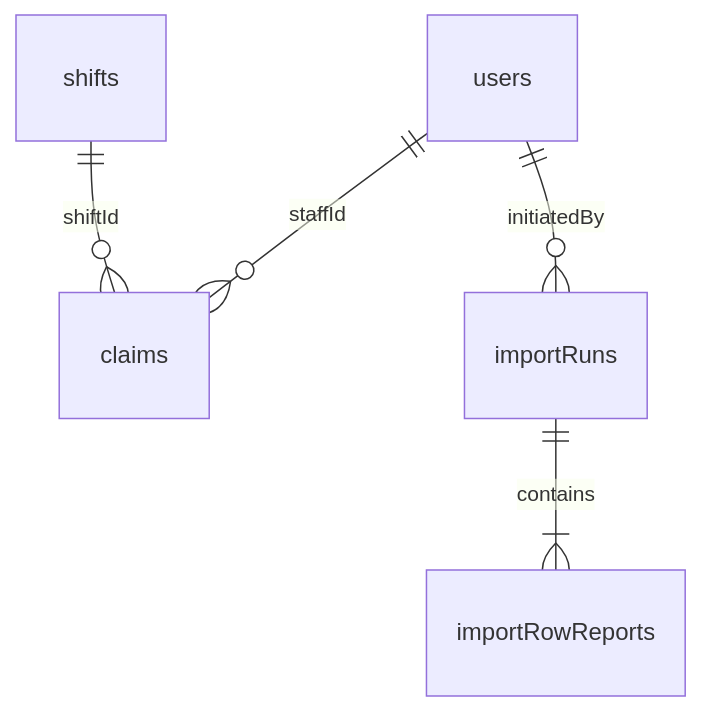
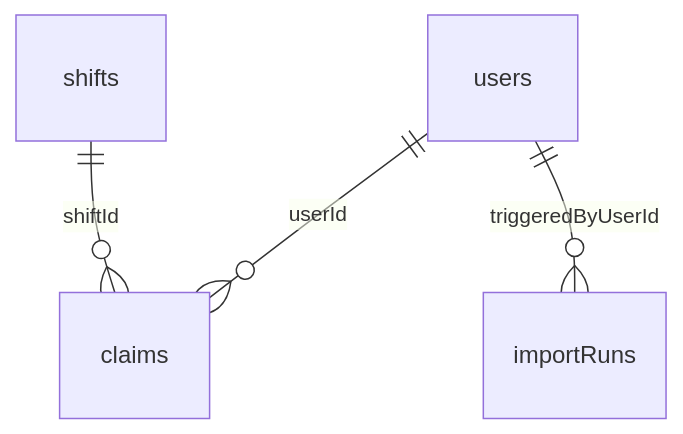
The diagram in docs/data-model.md (chahatkesh/atomiciabuild), drawn with Mermaid before and after one commit. The commit also changed other lines of this file and 6 other files, not shown here.

````diff
--- a/docs/data-model.md
+++ b/docs/data-model.md
@@ -78,7 +90,6 @@
 ```mermaid
 erDiagram
-  users ||--o{ claims : "staffId"
+  users ||--o{ claims : "userId"
   shifts ||--o{ claims : "shiftId"
-  users ||--o{ importRuns : "initiatedBy"
-  importRuns ||--|{ importRowReports : "contains"
+  users ||--o{ importRuns : "triggeredByUserId"
 ```
````
